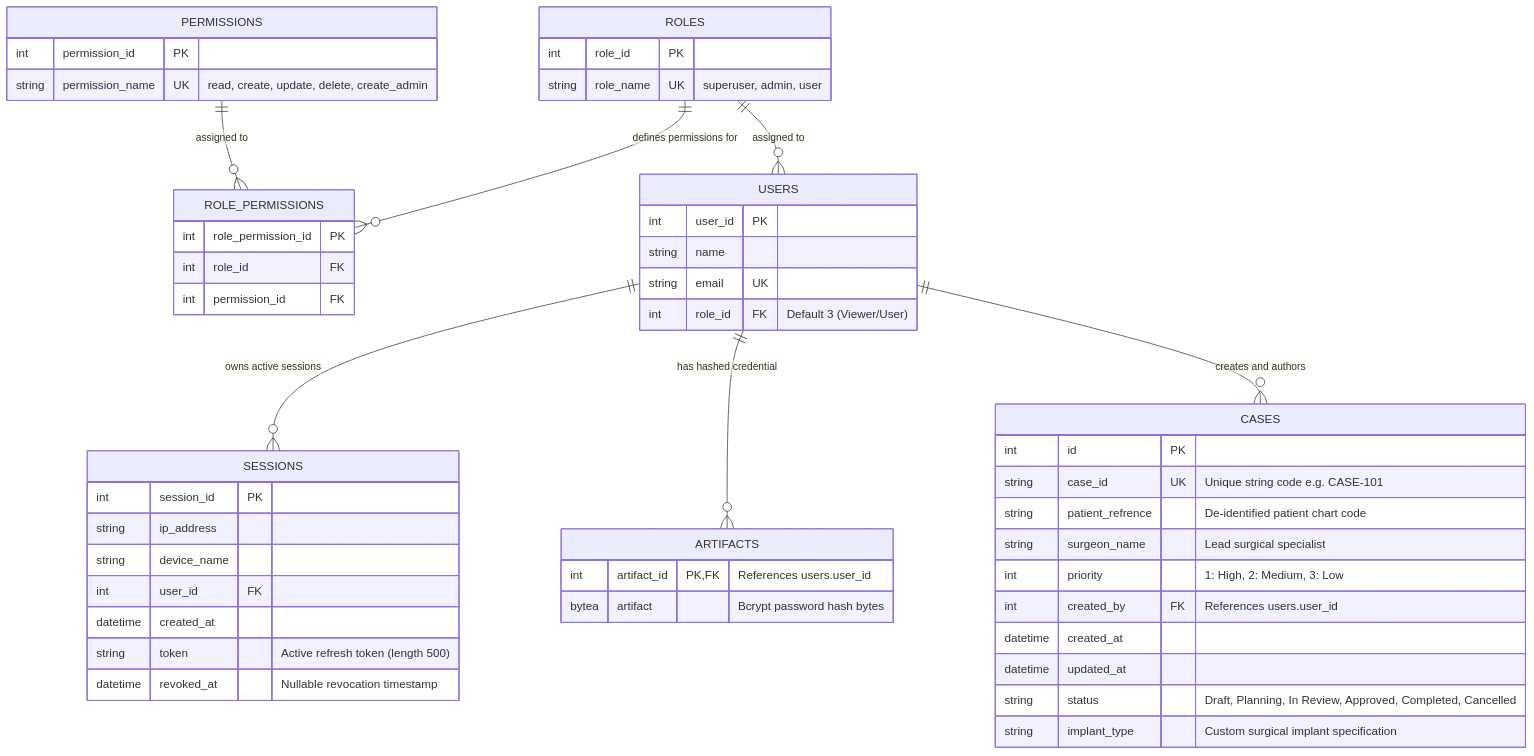
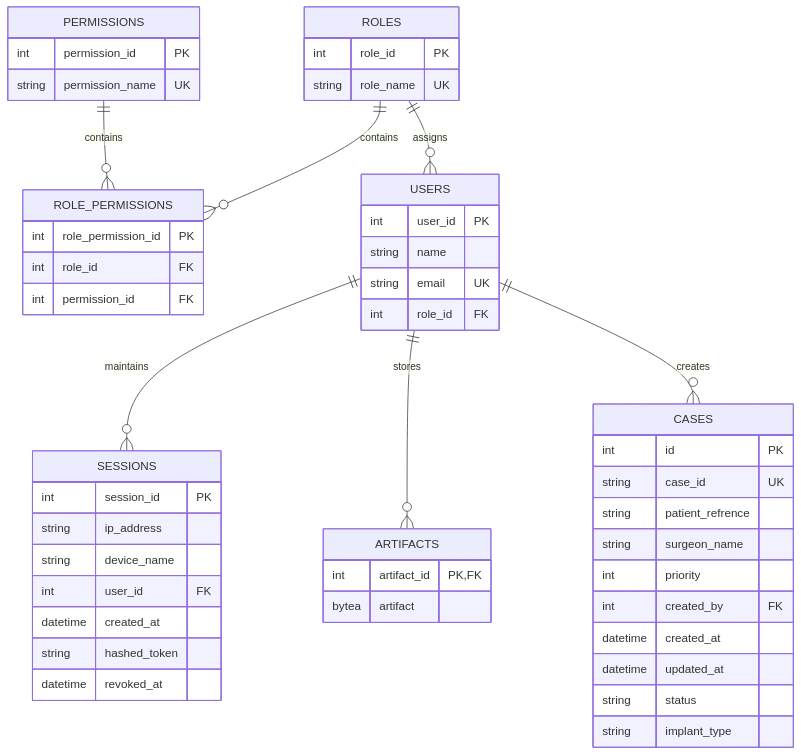
The diagram in docs/database.md (lalaland1232/medical_repository), drawn with Mermaid before and after one commit. The commit also changed other lines of this file and 3 other files, not shown here.

````diff
--- a/docs/database.md
+++ b/docs/database.md
@@ -9,60 +5,60 @@
 ```mermaid
 erDiagram
-    ROLES ||--o{ ROLE_PERMISSIONS : "defines permissions for"
-    PERMISSIONS ||--o{ ROLE_PERMISSIONS : "assigned to"
-    ROLES ||--o{ USERS : "assigned to"
-    USERS ||--o{ SESSIONS : "owns active sessions"
-    USERS ||--o{ ARTIFACTS : "has hashed credential"
-    USERS ||--o{ CASES : "creates and authors"
+    ROLES ||--o{ ROLE_PERMISSIONS : contains
+    PERMISSIONS ||--o{ ROLE_PERMISSIONS : contains
+    ROLES ||--o{ USERS : assigns
+    USERS ||--o{ SESSIONS : maintains
+    USERS ||--o{ ARTIFACTS : stores
+    USERS ||--o{ CASES : creates
 
     ROLES {
         int role_id PK
-        string role_name UK "superuser, admin, user"
+        string role_name UK
     }
 
     PERMISSIONS {
         int permission_id PK
-        string permission_name UK "read, create, update, delete, create_admin"
+        string permission_name UK
     }
 
     ROLE_PERMISSIONS {
         int role_permission_id PK
         int role_id FK
         int permission_id FK
     }
 
     USERS {
         int user_id PK
         string name
         string email UK
-        int role_id FK "Default 3 (Viewer/User)"
+        int role_id FK
     }
 
     ARTIFACTS {
-        int artifact_id PK, FK "References users.user_id"
-        bytea artifact "Bcrypt password hash bytes"
+        int artifact_id PK, FK
+        bytea artifact
     }
 
     SESSIONS {
         int session_id PK
         string ip_address
         string device_name
         int user_id FK
         datetime created_at
-        string token "Active refresh token (length 500)"
-        datetime revoked_at "Nullable revocation timestamp"
+        string hashed_token
+        datetime revoked_at
     }
 
     CASES {
         int id PK
-        string case_id UK "Unique string code e.g. CASE-101"
-        string patient_refrence "De-identified patient chart code"
-        string surgeon_name "Lead surgical specialist"
-        int priority "1: High, 2: Medium, 3: Low"
-        int created_by FK "References users.user_id"
+        string case_id UK
+        string patient_refrence
+        string surgeon_name
+        int priority
+        int created_by FK
         datetime created_at
         datetime updated_at
-        string status "Draft, Planning, In Review, Approved, Completed, Cancelled"
-        string implant_type "Custom surgical implant specification"
+        string status
+        string implant_type
     }
 ```
````
